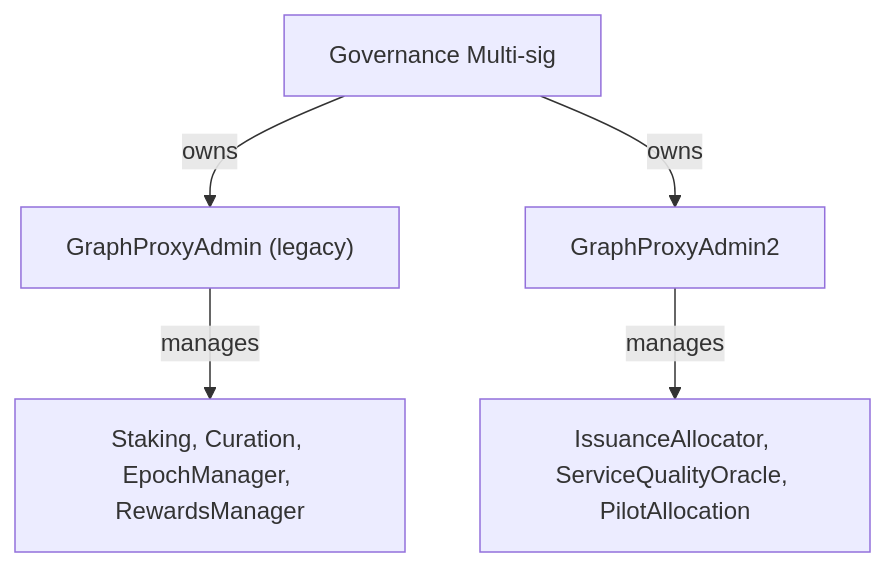
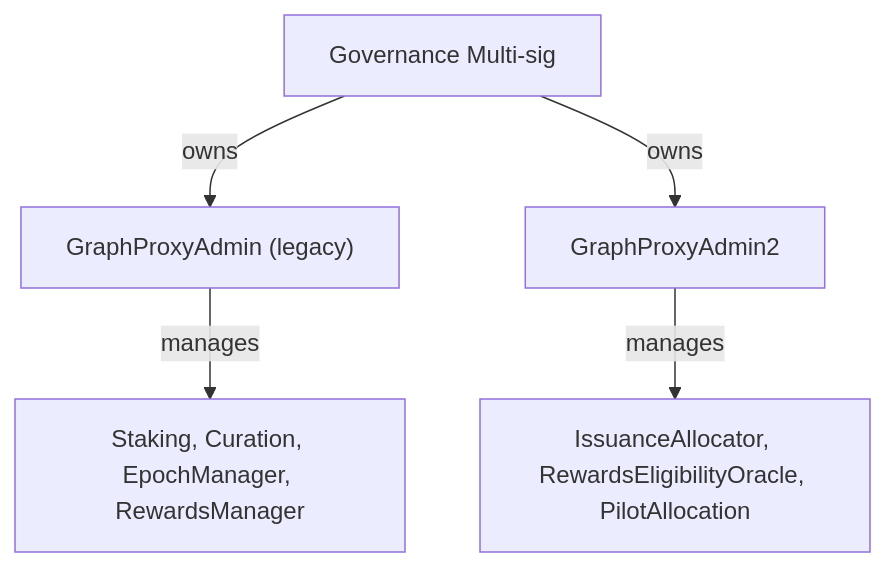
Before and after one commit to graphprotocol/contracts: the second of 10 diagrams in incoming/issuance/Design.md, drawn with Mermaid. The commit also changed 2 other files, not shown here.

Commit message:
chore: updating design docs

````diff
--- a/incoming/issuance/Design.md
+++ b/incoming/issuance/Design.md
@@ -250,15 +250,15 @@
 ```mermaid
 graph TB
     Gov[Governance Multi-sig]
     ExistingAdmin[GraphProxyAdmin #40;legacy#41;]
     NewAdmin[GraphProxyAdmin2]
 
     Gov -->|owns| ExistingAdmin
     Gov -->|owns| NewAdmin
 
     LegacyContracts[Staking, Curation, EpochManager, RewardsManager]
-    IssuanceContracts[IssuanceAllocator, ServiceQualityOracle, PilotAllocation]
+    IssuanceContracts[IssuanceAllocator, RewardsEligibilityOracle, PilotAllocation]
 
     ExistingAdmin -->|manages| LegacyContracts
     NewAdmin -->|manages| IssuanceContracts
 ```
````
